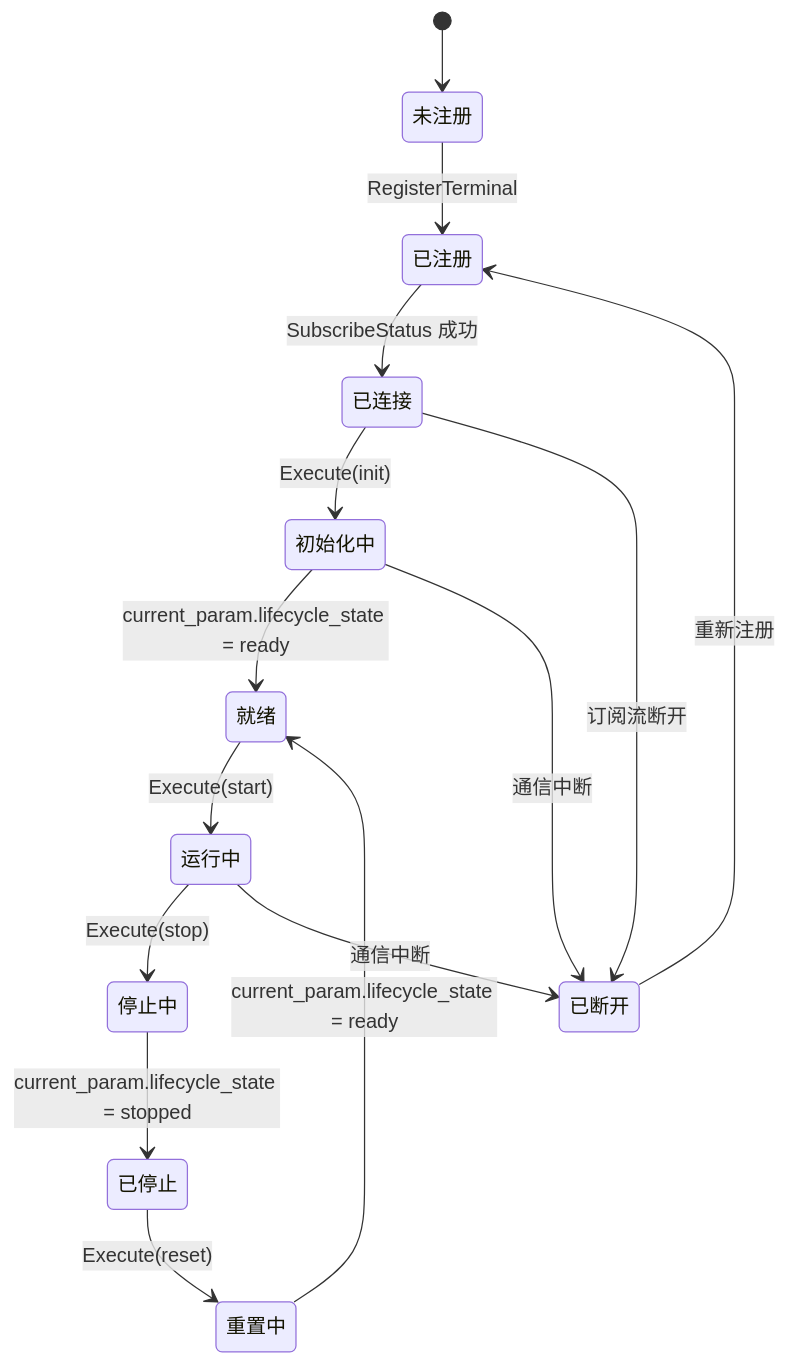
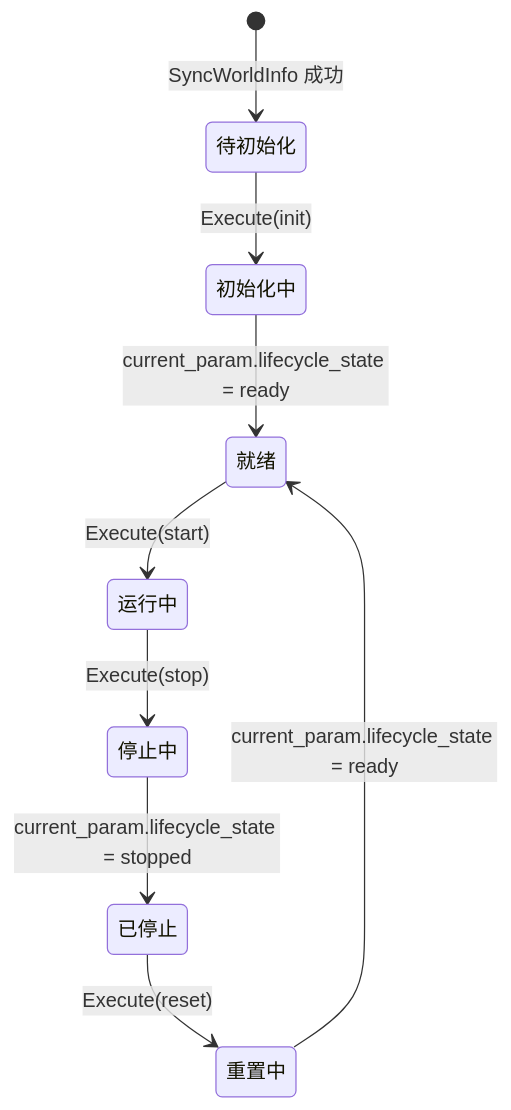
The fourth of 4 diagrams in source/_posts/关于飞行仿真控制系统设计的思考.md (Aniakea/vannessa), drawn with Mermaid before and after one commit. The commit also changed other lines of this file, not shown here.

````diff
--- a/source/_posts/关于飞行仿真控制系统设计的思考.md
+++ b/source/_posts/关于飞行仿真控制系统设计的思考.md
@@ -350,28 +429,19 @@
 ```mermaid
 stateDiagram-v2
-    state "未注册" as Unregistered
-    state "已注册" as Registered
-    state "已连接" as Connected
-    state "初始化中" as Initializing
-    state "就绪" as Ready
-    state "运行中" as Running
-    state "停止中" as Stopping
-    state "已停止" as Stopped
-    state "重置中" as Resetting
-    state "已断开" as Disconnected
+  state "待初始化" as Idle
+  state "初始化中" as Initializing
+  state "就绪" as Ready
+  state "运行中" as Running
+  state "停止中" as Stopping
+  state "已停止" as Stopped
+  state "重置中" as Resetting
 
-    [*] --> Unregistered
-    Unregistered --> Registered: RegisterTerminal
-    Registered --> Connected: SubscribeStatus 成功
-    Connected --> Initializing: Execute(init)
+  [*] --> Idle: SyncWorldInfo 成功
+  Idle --> Initializing: Execute(init)
     Initializing --> Ready: current_param.lifecycle_state = ready
     Ready --> Running: Execute(start)
     Running --> Stopping: Execute(stop)
     Stopping --> Stopped: current_param.lifecycle_state = stopped
     Stopped --> Resetting: Execute(reset)
     Resetting --> Ready: current_param.lifecycle_state = ready
-    Connected --> Disconnected: 订阅流断开
-    Initializing --> Disconnected: 通信中断
-    Running --> Disconnected: 通信中断
-    Disconnected --> Registered: 重新注册
 ```
````
